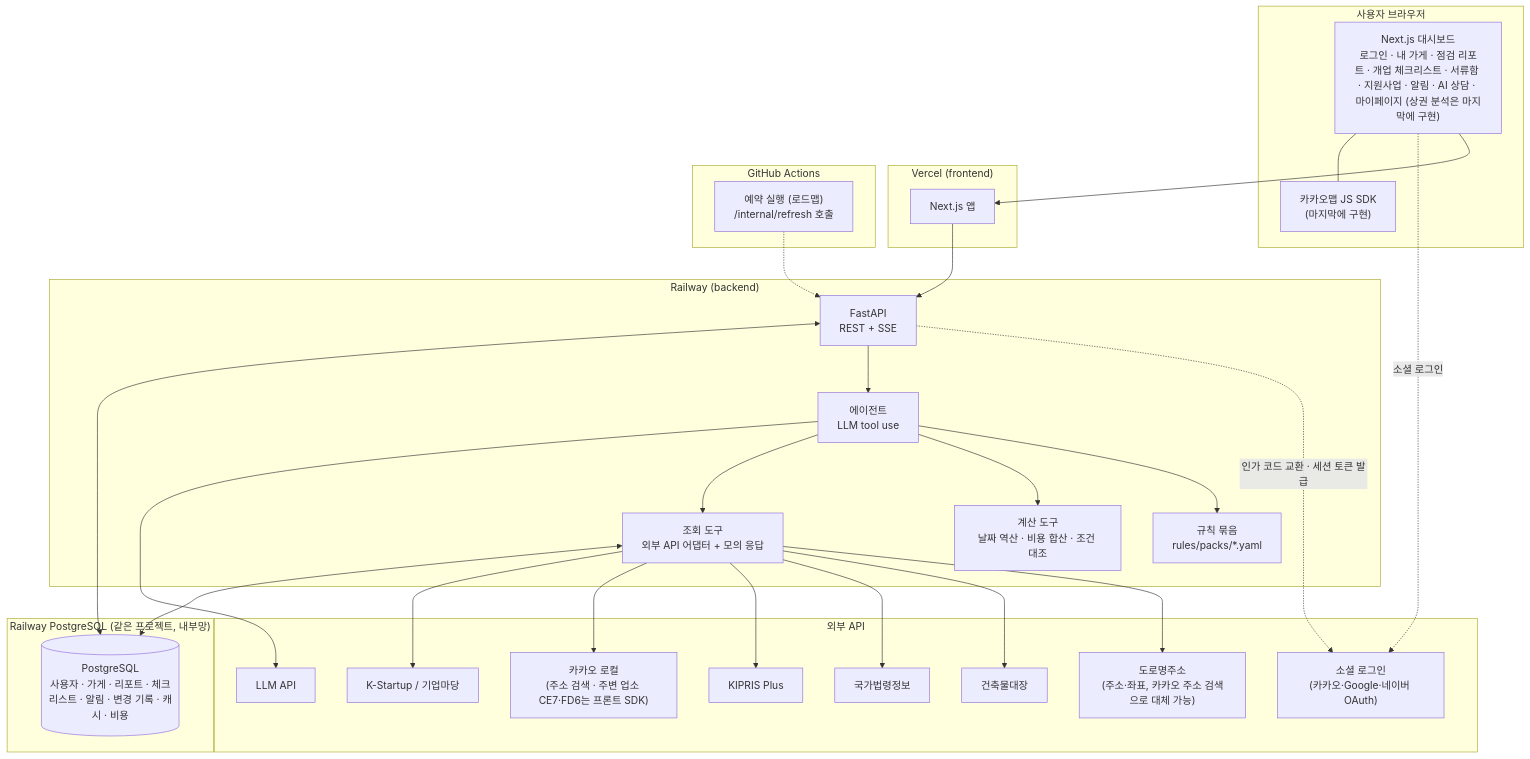
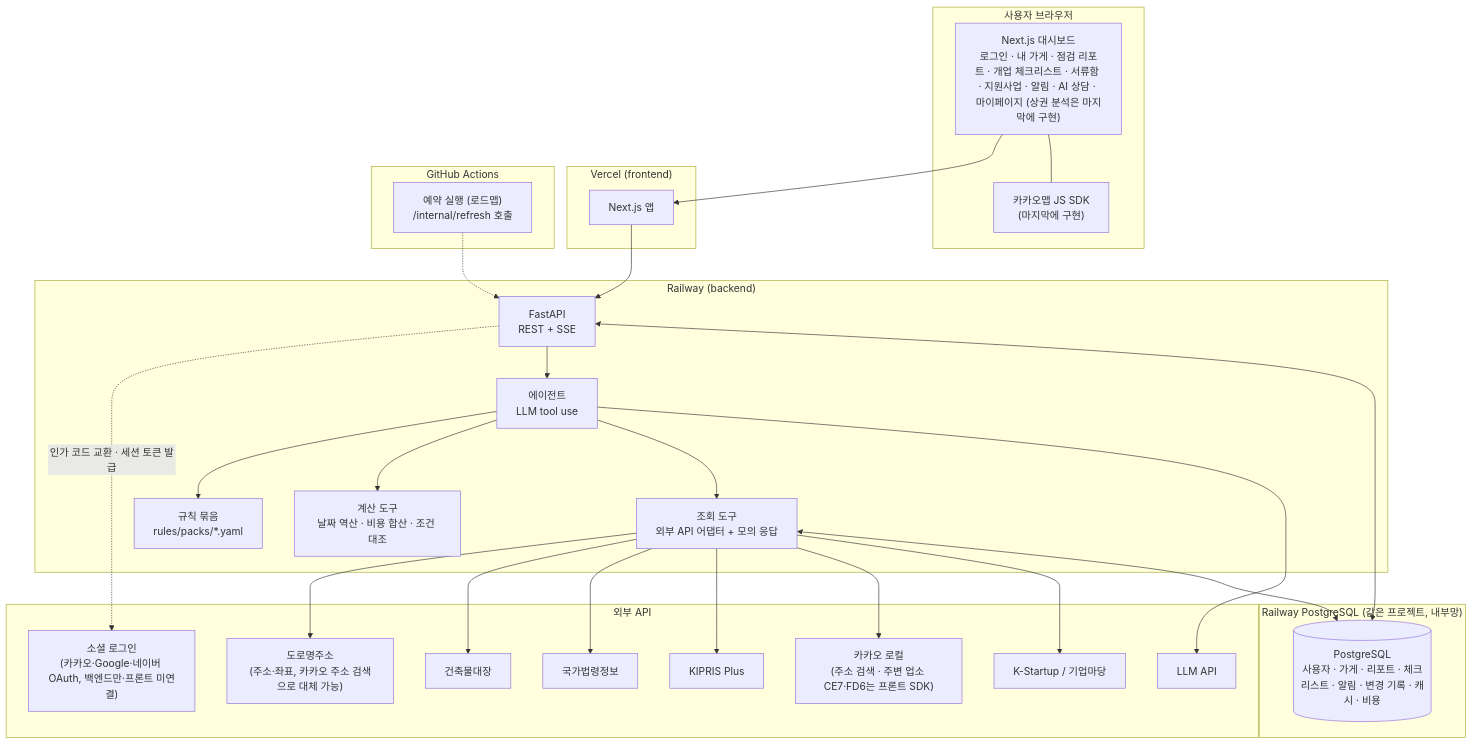
The first of 4 diagrams in docs/아키텍처_인프라.md (kimtaeg/Foundy), drawn with Mermaid before and after one commit. The commit also changed other lines of this file and 5 other files, not shown here.

````diff
--- a/docs/아키텍처_인프라.md
+++ b/docs/아키텍처_인프라.md
@@ -63,52 +64,51 @@
 ```mermaid
 flowchart TB
     subgraph Client["사용자 브라우저"]
         UI["Next.js 대시보드<br/>로그인 · 내 가게 · 점검 리포트 · 개업 체크리스트 · 서류함 · 지원사업 · 알림 · AI 상담 · 마이페이지 (상권 분석은 마지막에 구현)"]
         MAP["카카오맵 JS SDK<br/>(마지막에 구현)"]
     end
 
     subgraph Vercel["Vercel (frontend)"]
         FE["Next.js 앱"]
     end
 
     subgraph Railway["Railway (backend)"]
         API["FastAPI<br/>REST + SSE"]
         AG["에이전트<br/>LLM tool use"]
         RP["규칙 묶음<br/>rules/packs/*.yaml"]
         CT["계산 도구<br/>날짜 역산 · 비용 합산 · 조건 대조"]
         TL["조회 도구<br/>외부 API 어댑터 + 모의 응답"]
     end
 
     subgraph RailwayDB["Railway PostgreSQL (같은 프로젝트, 내부망)"]
         DB[("PostgreSQL<br/>사용자 · 가게 · 리포트 · 체크리스트 · 알림 · 변경 기록 · 캐시 · 비용")]
     end
 
     subgraph GH["GitHub Actions"]
         CRON["예약 실행 (로드맵)<br/>/internal/refresh 호출"]
     end
 
     subgraph Ext["외부 API"]
         J["도로명주소<br/>(주소·좌표, 카카오 주소 검색으로 대체 가능)"]
         B["건축물대장"]
         L["국가법령정보"]
         K["KIPRIS Plus"]
         KK["카카오 로컬<br/>(주소 검색 · 주변 업소 CE7·FD6는 프론트 SDK)"]
-        OA["소셜 로그인<br/>(카카오·Google·네이버 OAuth)"]
+        OA["소셜 로그인<br/>(카카오·Google·네이버 OAuth, 백엔드만·프론트 미연결)"]
         P["K-Startup / 기업마당"]
         LLM["LLM API"]
     end
 
     UI --> FE --> API
-    UI -.->|"소셜 로그인"| OA
     API -.->|"인가 코드 교환 · 세션 토큰 발급"| OA
     UI --- MAP
     API --> AG
     AG --> RP
     AG --> CT
     AG --> TL
     AG --> LLM
     TL --> J & B & L & K & KK & P
     API <--> DB
     TL <--> DB
     CRON -.-> API
 ```
````
